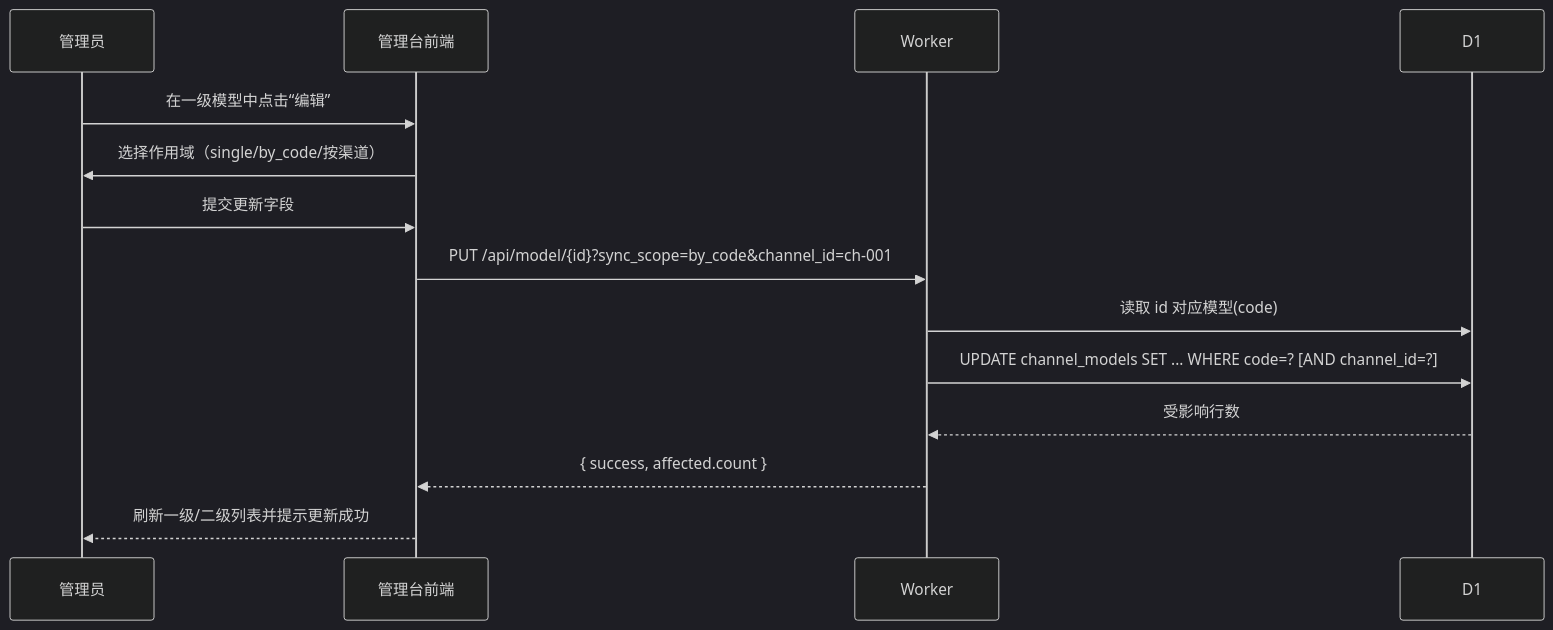
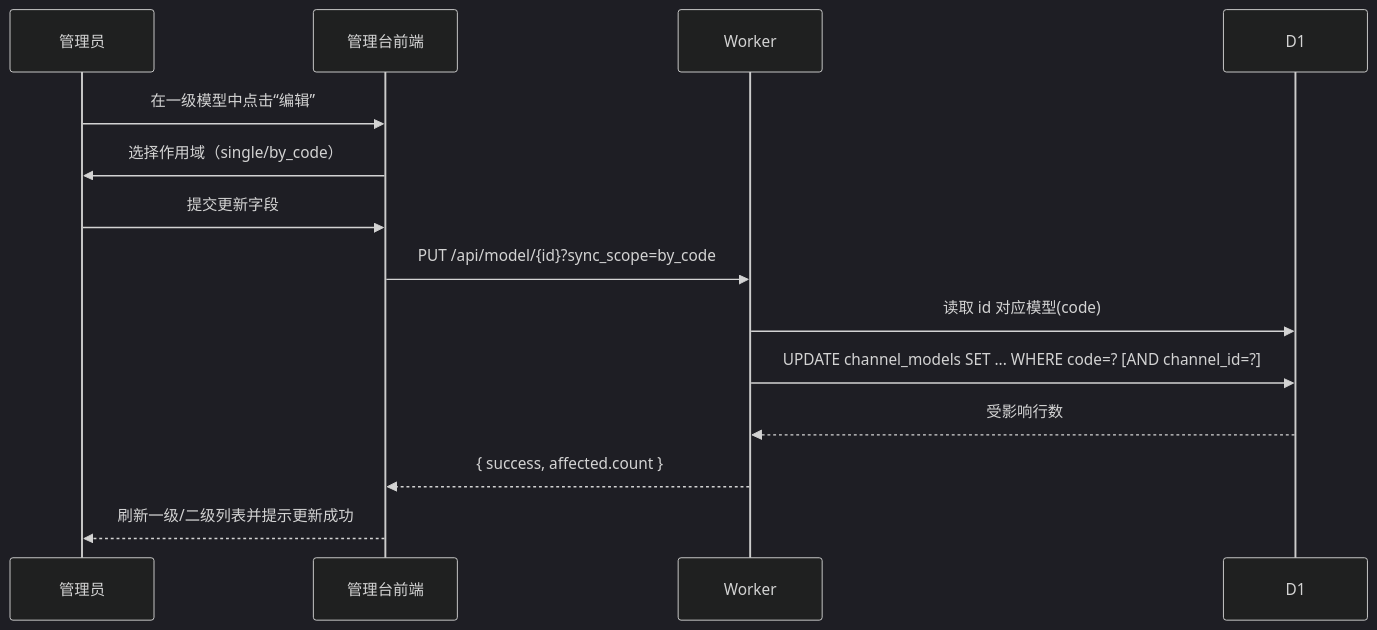
The third of 11 diagrams in DEVELOPMENT.md (excing/open-ai-gateway), drawn with Mermaid (dark theme) before and after one commit. The commit also changed other lines of this file and 3 other files, not shown here.

First line of the commit message:
Implement incremental model updates in channel PUT endpoint

````diff
--- a/DEVELOPMENT.md
+++ b/DEVELOPMENT.md
@@ -1927,17 +1955,17 @@
 ```mermaid
 sequenceDiagram
     participant A as 管理员
     participant UI as 管理台前端
     participant GW as Worker
     participant DB as D1
 
     A->>UI: 在一级模型中点击“编辑”
-    UI->>A: 选择作用域（single/by_code/按渠道）
+    UI->>A: 选择作用域（single/by_code）
     A->>UI: 提交更新字段
-    UI->>GW: PUT /api/model/{id}?sync_scope=by_code&channel_id=ch-001
+    UI->>GW: PUT /api/model/{id}?sync_scope=by_code
     GW->>DB: 读取 id 对应模型(code)
     GW->>DB: UPDATE channel_models SET ... WHERE code=? [AND channel_id=?]
     DB-->>GW: 受影响行数
     GW-->>UI: { success, affected.count }
     UI-->>A: 刷新一级/二级列表并提示更新成功
 ```
````
